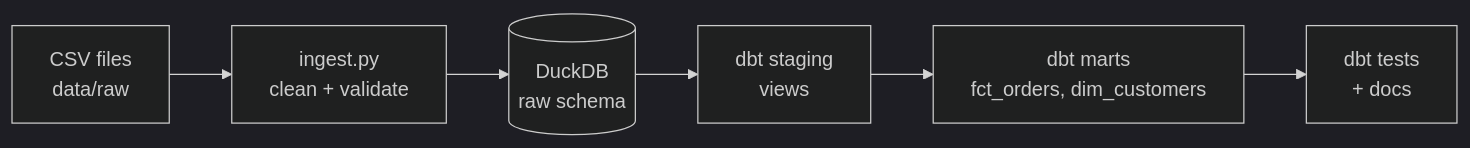
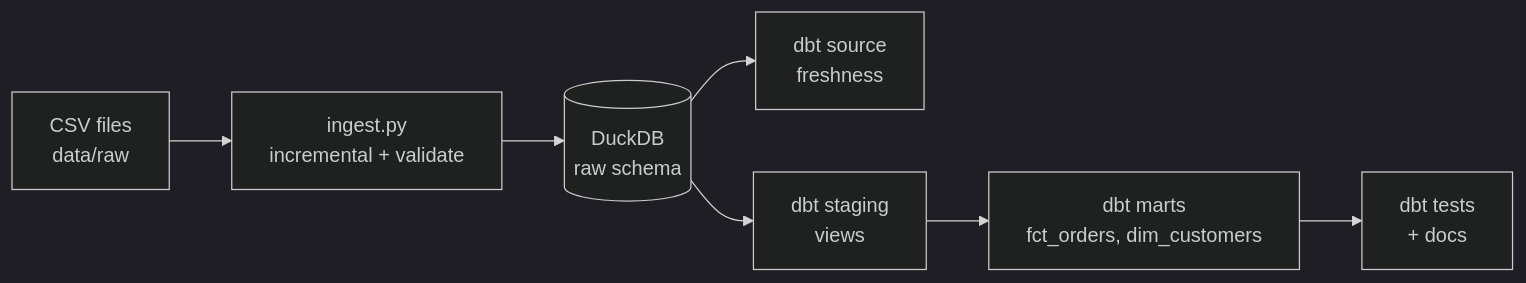
One commit to newbie-1010/jaffle-pipeline-dbt-duckdb changed the first of 2 diagrams in README.md. Above: the diagram before and after it, drawn with Mermaid (dark theme). The commit also changed other lines of this file and 5 other files, not shown here.

Commit message:
Add dbt + DuckDB pipeline with incremental ingestion and freshness checks

````diff
--- a/README.md
+++ b/README.md
@@ -50,8 +55,9 @@
 ```mermaid
 flowchart LR
-    A[CSV files<br/>data/raw] --> B[ingest.py<br/>clean + validate]
+    A[CSV files<br/>data/raw] --> B[ingest.py<br/>incremental + validate]
     B --> C[(DuckDB<br/>raw schema)]
+    C --> G[dbt source<br/>freshness]
     C --> D[dbt staging<br/>views]
     D --> E[dbt marts<br/>fct_orders, dim_customers]
     E --> F[dbt tests<br/>+ docs]
 ```
````
